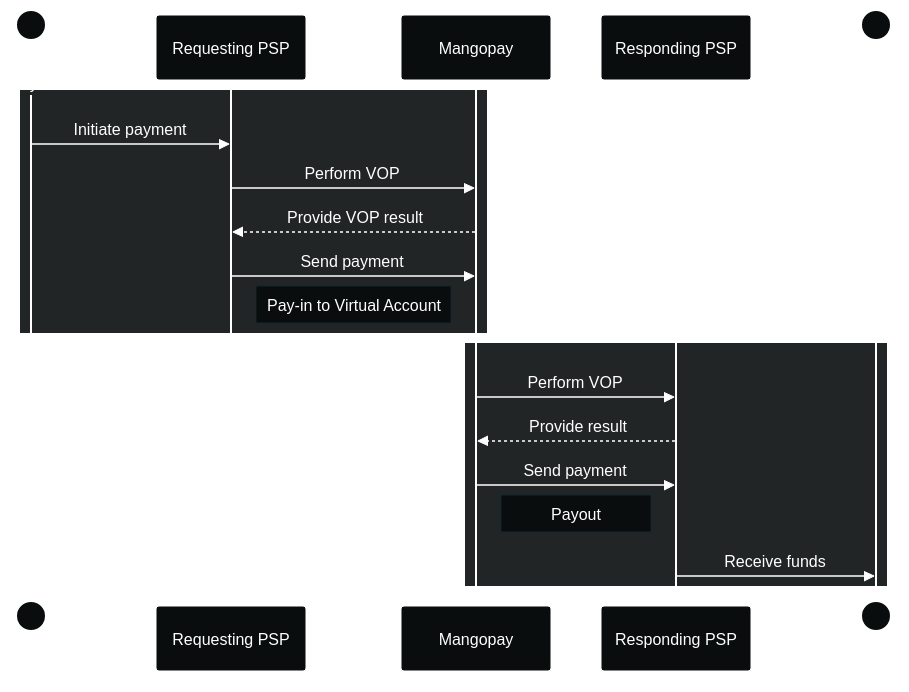
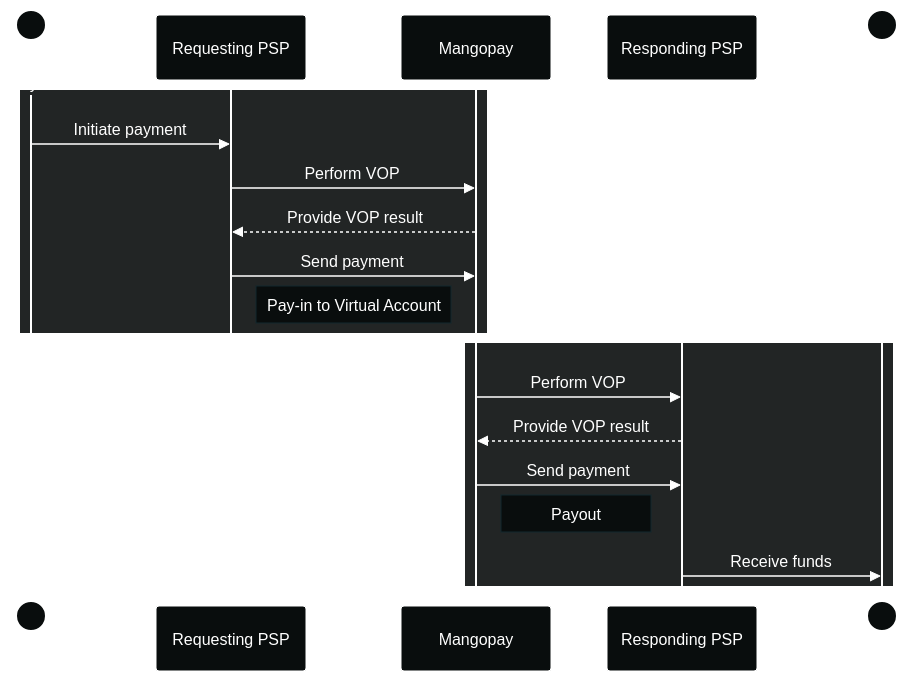
One commit to Mangopay/docs changed the second of 2 diagrams in guides/vop.mdx. Above: the diagram before and after it, drawn with Mermaid. The commit also changed other lines of this file and 6 other files, not shown here.

````diff
--- a/guides/vop.mdx
+++ b/guides/vop.mdx
@@ -59,42 +72,42 @@
 ```mermaid
 %%{
   init: {
     'theme': 'base',
     'themeVariables': {
       'primaryColor': "#090D0D",
       'primaryTextColor': "#FFFFFF",
       'primaryBorderColor': "#FFFFFF",
       'lineColor': "#FFFFFF",
       'secondaryColor': "#090D0D",
       'tertiaryColor': "#090D0D",
       'fontSize': '32px',
       'fontFamily': 'Inter',
       'noteBorderColor': "#12282F",
       'noteBkgColor': "#090D0D",
       'noteTextColor': "#FFFFFF"
     }
   }
 }%%
 sequenceDiagram
   actor Payer as Payer
   participant Requesting PSP
    participant Mangopay
    participant Responding PSP
    actor Payee
 
   rect rgba(34, 37, 37, 1)
     Payer ->> Requesting PSP: Initiate payment
     Requesting PSP->> Mangopay: Perform VOP
     Mangopay -->> Requesting PSP: Provide VOP result
     Requesting PSP ->> Mangopay: Send payment
         Note left of Mangopay: Pay-in to Virtual Account
   end
 
   rect rgba(34, 37, 37, 1)
     Mangopay ->> Responding PSP: Perform VOP
-    Responding PSP -->> Mangopay: Provide result
+    Responding PSP -->> Mangopay: Provide VOP result
     Mangopay->>Responding PSP: Send payment
         Note right of Mangopay: Payout
     Responding PSP ->> Payee: Receive funds
   end
 ```
````
